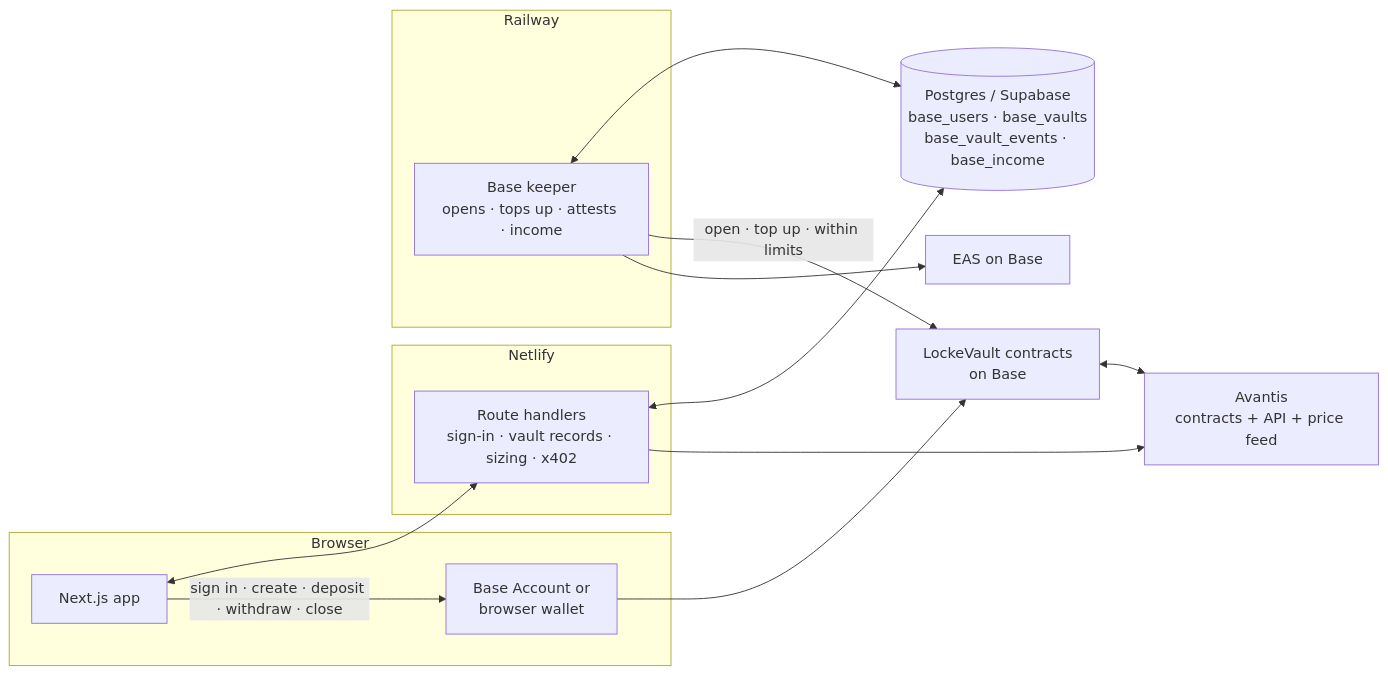
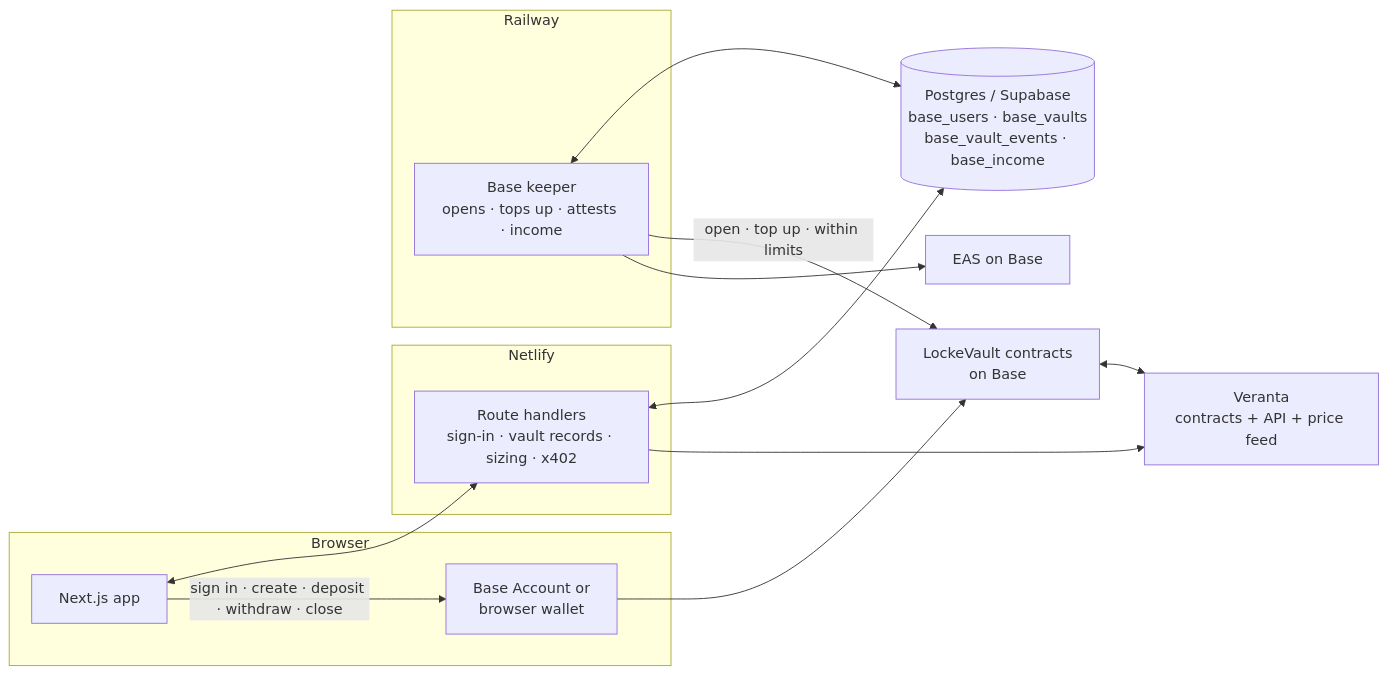
Before and after one commit to linoxbt/Locke: the diagram in README.md, drawn with Mermaid. The commit also changed other lines of this file and 43 other files, not shown here.

````diff
--- a/README.md
+++ b/README.md
@@ -60,27 +61,27 @@
 ```mermaid
 flowchart LR
   subgraph Browser
     UI[Next.js app]
     W[Base Account or<br/>browser wallet]
   end
   subgraph Netlify
     API[Route handlers<br/>sign-in · vault records · sizing · x402]
   end
   subgraph Railway
     K[Base keeper<br/>opens · tops up · attests · income]
   end
   DB[(Postgres / Supabase<br/>base_users · base_vaults<br/>base_vault_events · base_income)]
   V[LockeVault contracts<br/>on Base]
-  A[Avantis<br/>contracts + API + price feed]
+  A[Veranta<br/>contracts + API + price feed]
   E[EAS on Base]
 
   UI <--> API
   UI -- sign in · create · deposit · withdraw · close --> W
   W --> V
   API <--> DB
   K <--> DB
   K -- open · top up · within limits --> V
   V <--> A
   K --> E
   API --> A
 ```
````
